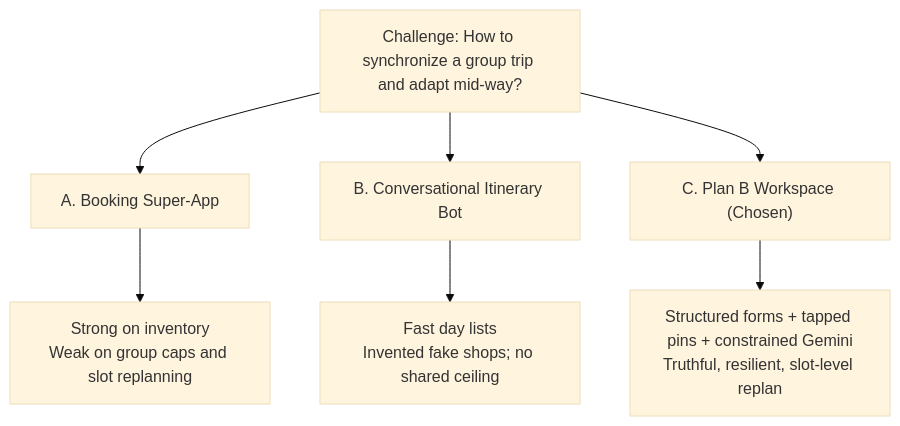
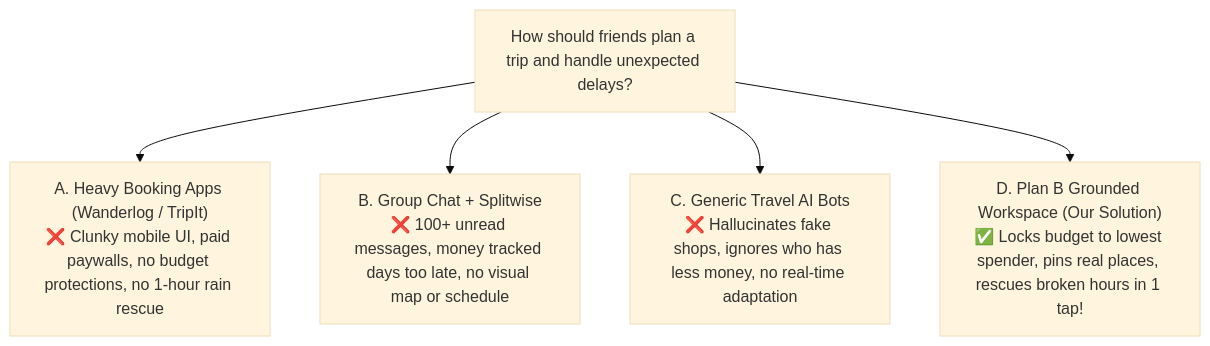
Diagram 13 of 14 in README.md (nlzce/We-are-the-champions_Plan-B), drawn with Mermaid (base theme) before and after one commit. The commit also changed other lines of this file, not shown here.

Commit message:
docs: simplify diagrams and narrative into plain, human-readable user flows while preserving tech stack

````diff
--- a/README.md
+++ b/README.md
@@ -551,11 +390,8 @@
 ```mermaid
 flowchart TB
-  Q["Challenge: How to synchronize a group trip and adapt mid-way?"]
-  Q --> A["A. Booking Super-App"]
-  Q --> B["B. Conversational Itinerary Bot"]
-  Q --> C["C. Plan B Workspace (Chosen)"]
-
-  A --> A1["Strong on inventory<br/>Weak on group caps and slot replanning"]
-  B --> B1["Fast day lists<br/>Invented fake shops; no shared ceiling"]
-  C --> C1["Structured forms + tapped pins + constrained Gemini<br/>Truthful, resilient, slot-level replan"]
+  Q["How should friends plan a trip and handle unexpected delays?"]
+  Q --> A["A. Heavy Booking Apps (Wanderlog / TripIt)<br/>❌ Clunky mobile UI, paid paywalls, no budget protections, no 1-hour rain rescue"]
+  Q --> B["B. Group Chat + Splitwise<br/>❌ 100+ unread messages, money tracked days too late, no visual map or schedule"]
+  Q --> C["C. Generic Travel AI Bots<br/>❌ Hallucinates fake shops, ignores who has less money, no real-time adaptation"]
+  Q --> D["D. Plan B Grounded Workspace (Our Solution)<br/>✅ Locks budget to lowest spender, pins real places, rescues broken hours in 1 tap!"]
 ```
````
